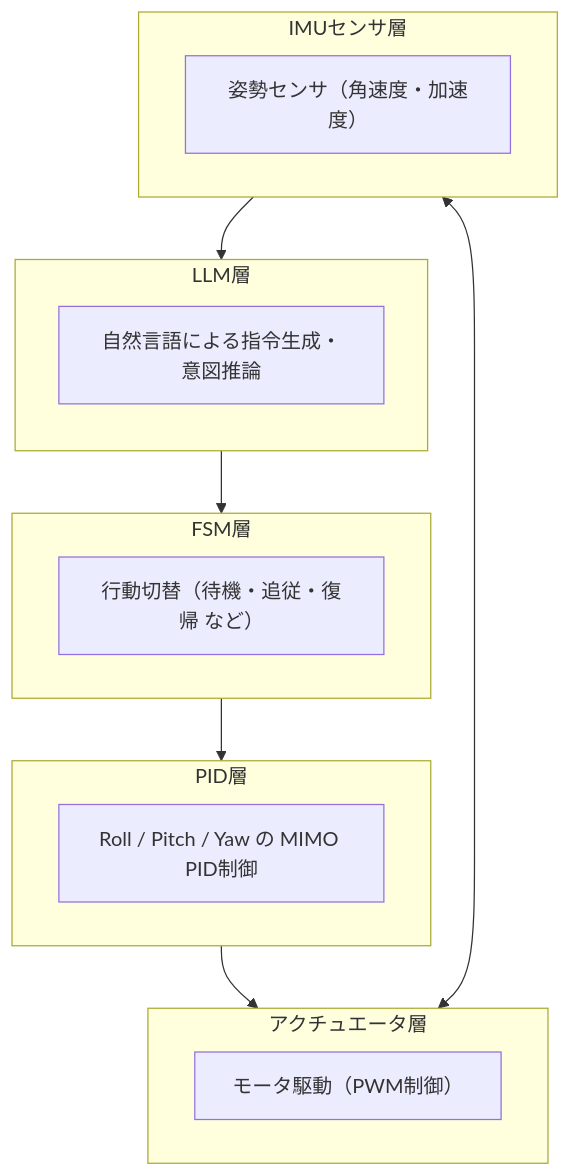
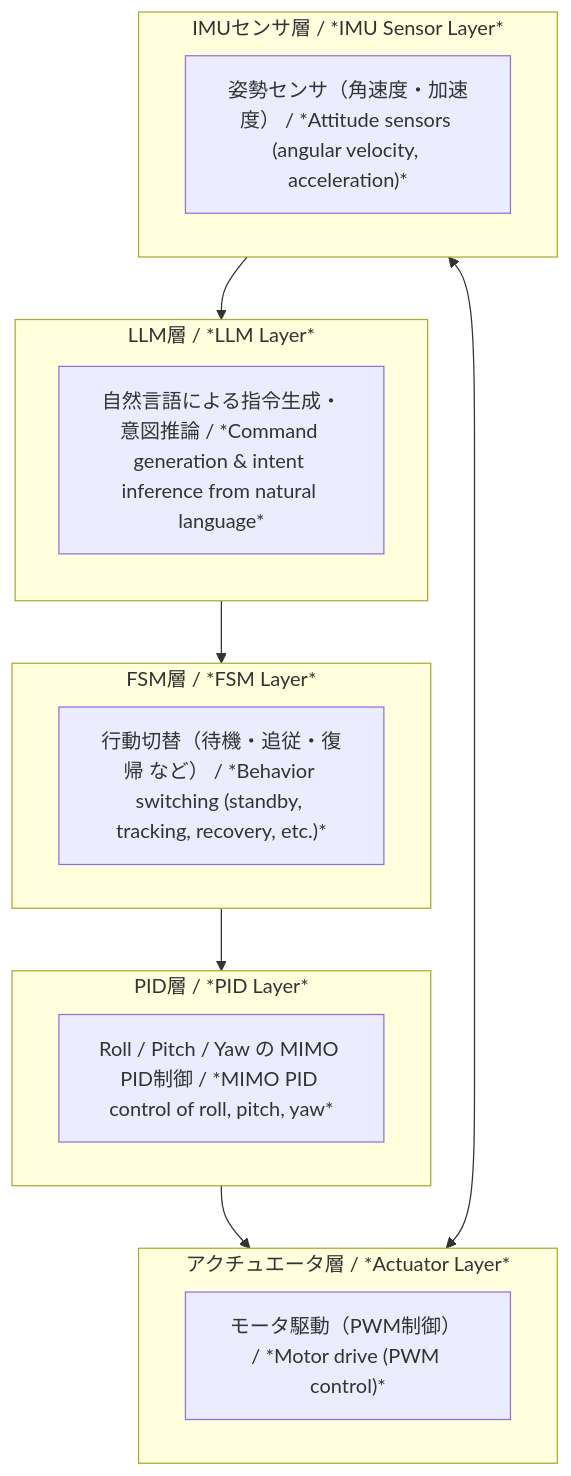
The diagram in README.md (Samizo-AITL/AITL-H), drawn with Mermaid before and after one commit. The commit also changed other lines of this file, not shown here.

````diff
--- a/README.md
+++ b/README.md
@@ -104,27 +109,27 @@
 ```mermaid
 flowchart TB
-    subgraph LLM["LLM層"]
+    subgraph LLM["LLM層 / *LLM Layer*"]
         direction TB
-        LLM_desc["自然言語による指令生成・意図推論"]
+        LLM_desc["自然言語による指令生成・意図推論 / *Command generation & intent inference from natural language*"]
     end
 
-    subgraph FSM["FSM層"]
-        FSM_desc["行動切替（待機・追従・復帰 など）"]
+    subgraph FSM["FSM層 / *FSM Layer*"]
+        FSM_desc["行動切替（待機・追従・復帰 など） / *Behavior switching (standby, tracking, recovery, etc.)*"]
     end
 
-    subgraph PID["PID層"]
-        PID_desc["Roll / Pitch / Yaw の MIMO PID制御"]
+    subgraph PID["PID層 / *PID Layer*"]
+        PID_desc["Roll / Pitch / Yaw の MIMO PID制御 / *MIMO PID control of roll, pitch, yaw*"]
     end
 
-    subgraph ACT["アクチュエータ層"]
-        ACT_desc["モータ駆動（PWM制御）"]
+    subgraph ACT["アクチュエータ層 / *Actuator Layer*"]
+        ACT_desc["モータ駆動（PWM制御） / *Motor drive (PWM control)*"]
     end
 
-    subgraph SENSOR["IMUセンサ層"]
-        SENSOR_desc["姿勢センサ（角速度・加速度）"]
+    subgraph SENSOR["IMUセンサ層 / *IMU Sensor Layer*"]
+        SENSOR_desc["姿勢センサ（角速度・加速度） / *Attitude sensors (angular velocity, acceleration)*"]
     end
 
     LLM --> FSM --> PID --> ACT
     ACT <--> SENSOR
     SENSOR --> LLM
 ```
````
